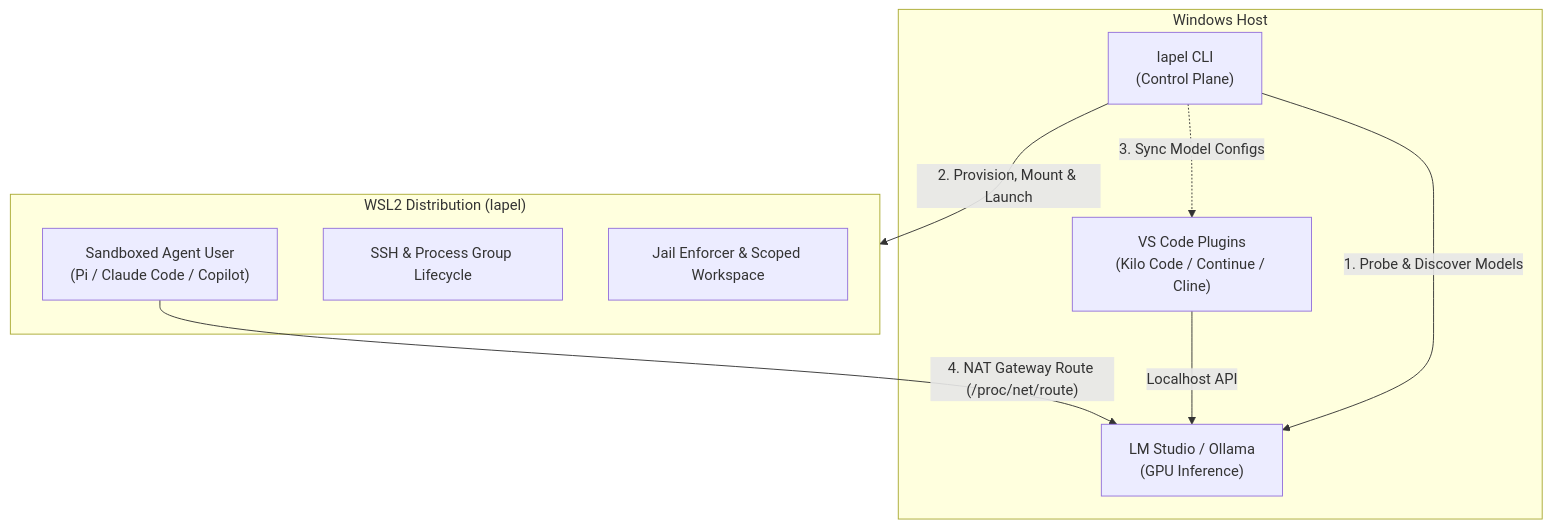
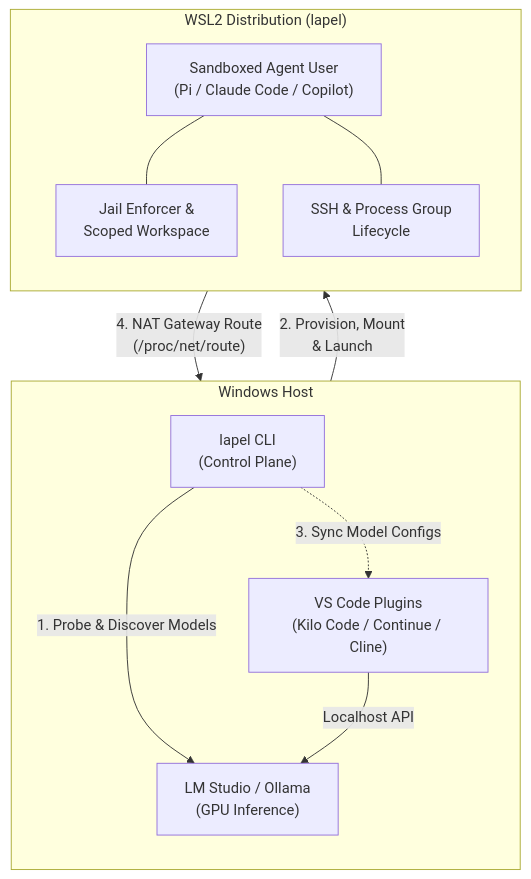
The diagram in docs/FEATURES.md (kurtisnotcurtis/lapel), drawn with Mermaid before and after one commit. The commit also changed 4 other files, not shown here.

Commit message:
docs(site): improve architecture diagram layout and add Mermaid zoom/expand viewer

````diff
--- a/docs/FEATURES.md
+++ b/docs/FEATURES.md
@@ -173,20 +173,24 @@
 ```mermaid
-graph TD
+flowchart TD
     subgraph WindowsHost["Windows Host"]
+        direction TB
+        C["lapel CLI<br/>(Control Plane)"]
         A["LM Studio / Ollama<br/>(GPU Inference)"]
-        C["lapel CLI<br/>(Control Plane)"]
         V["VS Code Plugins<br/>(Kilo Code / Continue / Cline)"]
+        C -->|"1. Probe & Discover Models"| A
+        C -.->|"3. Sync Model Configs"| V
+        V -->|"Localhost API"| A
     end
 
     subgraph WSL2Dist["WSL2 Distribution (lapel)"]
+        direction TB
         D["Sandboxed Agent User<br/>(Pi / Claude Code / Copilot)"]
-        E["SSH & Process Group Lifecycle"]
-        F["Jail Enforcer & Scoped Workspace"]
+        F["Jail Enforcer &<br/>Scoped Workspace"]
+        E["SSH & Process Group<br/>Lifecycle"]
+        D --- F
+        D --- E
     end
 
-    C -->|"1. Probe & Discover Models"| A
-    C -->|"2. Provision, Mount & Launch"| WSL2Dist
-    C -.->|"3. Sync Model Configs"| V
-    D -->|"4. NAT Gateway Route (/proc/net/route)"| A
-    V -->|"Localhost API"| A
+    C -->|"2. Provision, Mount<br/>& Launch"| WSL2Dist
+    D -->|"4. NAT Gateway Route<br/>(/proc/net/route)"| A
 ```
````
